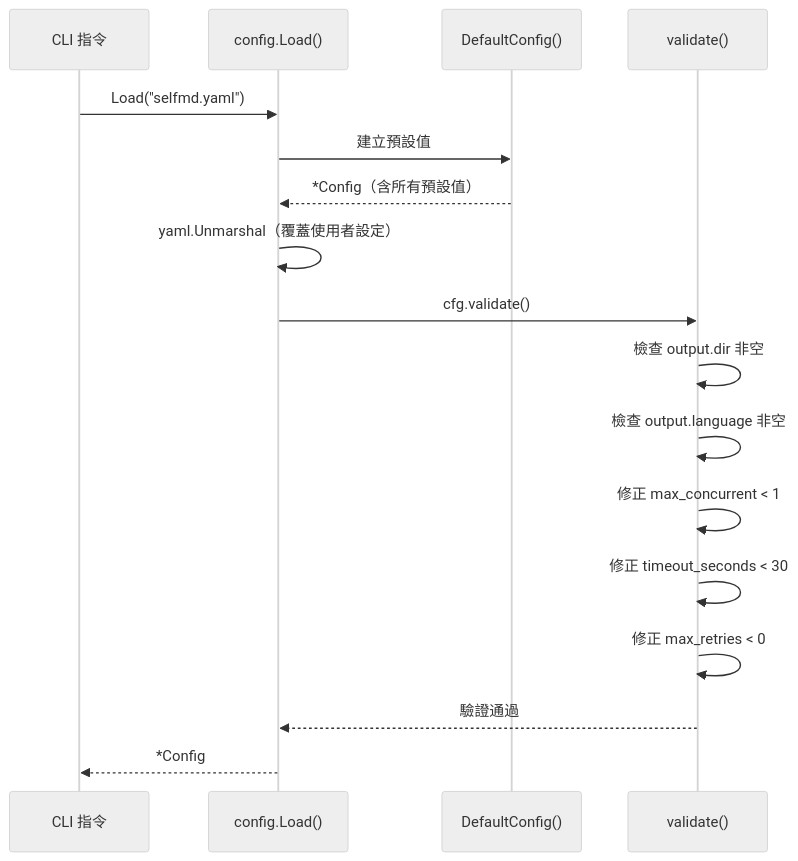
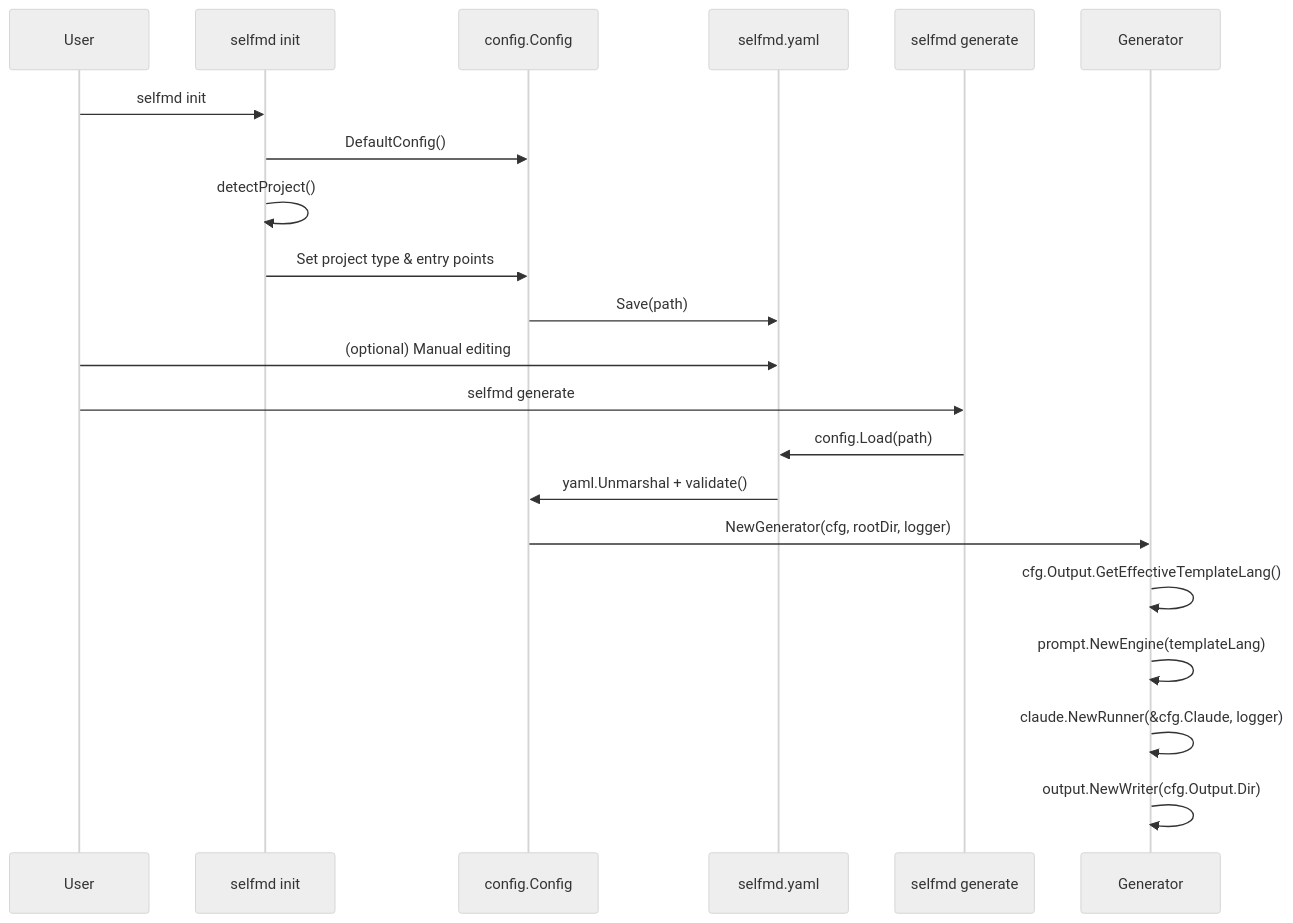
One commit to monkenWu/selfmd-claude-code changed the second of 2 diagrams in docs/configuration/config-overview/index.md. Above: the diagram before and after it, drawn with Mermaid (neutral theme). The commit also changed other lines of this file and 145 other files, not shown here.

````diff
--- a/docs/configuration/config-overview/index.md
+++ b/docs/configuration/config-overview/index.md
@@ -177,20 +270,26 @@
 ```mermaid
 sequenceDiagram
-    participant CLI as CLI 指令
-    participant Load as config.Load()
-    participant Default as DefaultConfig()
-    participant Validate as validate()
+    participant User
+    participant InitCmd as selfmd init
+    participant Config as config.Config
+    participant YAML as selfmd.yaml
+    participant GenCmd as selfmd generate
+    participant Generator as Generator
 
-    CLI->>Load: Load("selfmd.yaml")
-    Load->>Default: 建立預設值
-    Default-->>Load: *Config（含所有預設值）
-    Load->>Load: yaml.Unmarshal（覆蓋使用者設定）
-    Load->>Validate: cfg.validate()
-    Validate->>Validate: 檢查 output.dir 非空
-    Validate->>Validate: 檢查 output.language 非空
-    Validate->>Validate: 修正 max_concurrent < 1
-    Validate->>Validate: 修正 timeout_seconds < 30
-    Validate->>Validate: 修正 max_retries < 0
-    Validate-->>Load: 驗證通過
-    Load-->>CLI: *Config
+    User->>InitCmd: selfmd init
+    InitCmd->>Config: DefaultConfig()
+    InitCmd->>InitCmd: detectProject()
+    InitCmd->>Config: Set project type & entry points
+    Config->>YAML: Save(path)
+
+    User->>YAML: (optional) Manual editing
+
+    User->>GenCmd: selfmd generate
+    GenCmd->>YAML: config.Load(path)
+    YAML->>Config: yaml.Unmarshal + validate()
+    Config->>Generator: NewGenerator(cfg, rootDir, logger)
+    Generator->>Generator: cfg.Output.GetEffectiveTemplateLang()
+    Generator->>Generator: prompt.NewEngine(templateLang)
+    Generator->>Generator: claude.NewRunner(&cfg.Claude, logger)
+    Generator->>Generator: output.NewWriter(cfg.Output.Dir)
 ```
````
